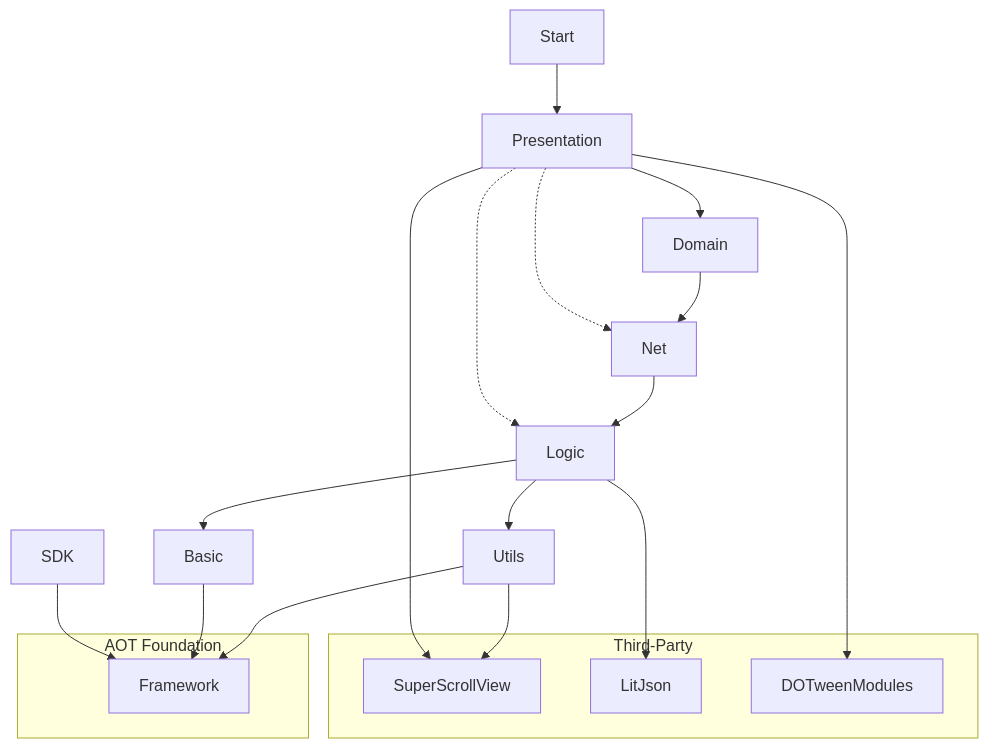
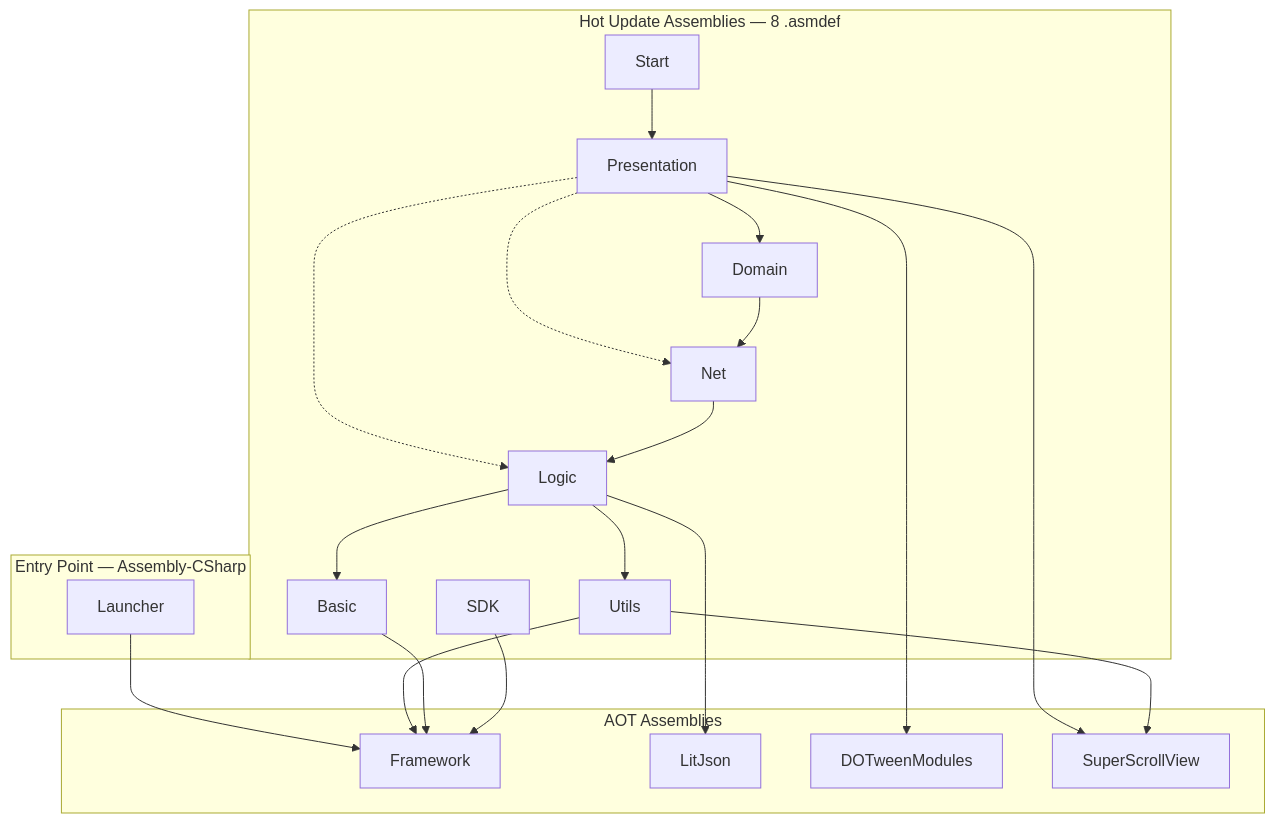
Before and after one commit to zlex001/LOA-Client: the first of 6 diagrams in Documents/Architecture/客户端分层架构.md, drawn with Mermaid. The commit also changed other lines of this file and 1 other file, not shown here.

````diff
--- a/Documents/Architecture/客户端分层架构.md
+++ b/Documents/Architecture/客户端分层架构.md
@@ -4,27 +4,42 @@
 ```mermaid
 graph TB
-    subgraph foundation [AOT Foundation]
+    subgraph entry ["Entry Point — Assembly-CSharp"]
+        Launcher[Launcher]
+    end
+
+    subgraph hotUpdate ["Hot Update Assemblies — 8 .asmdef"]
+        Start[Start]
+        Presentation[Presentation]
+        Domain[Domain]
+        Net[Net]
+        Logic[Logic]
+        Utils[Utils]
+        Basic[Basic]
+        SDK[SDK]
+    end
+
+    subgraph aot ["AOT Assemblies"]
         Framework[Framework]
-    end
-    subgraph thirdParty [Third-Party]
-        SuperScrollView[SuperScrollView]
         LitJson[LitJson]
         DOTweenModules[DOTweenModules]
+        SuperScrollView[SuperScrollView]
     end
 
-    Utils --> Framework
-    Utils --> SuperScrollView
-    Basic --> Framework
-    Logic --> Utils
-    Logic --> Basic
-    Logic --> LitJson
-    Net --> Logic
-    Domain --> Net
+    Launcher --> Framework
+
+    Start --> Presentation
     Presentation --> Domain
     Presentation -.-> Logic
     Presentation -.-> Net
     Presentation --> DOTweenModules
     Presentation --> SuperScrollView
-    Start --> Presentation
+    Domain --> Net
+    Net --> Logic
+    Logic --> Utils
+    Logic --> Basic
+    Logic --> LitJson
+    Utils --> Framework
+    Utils --> SuperScrollView
+    Basic --> Framework
     SDK --> Framework
 ```
````
